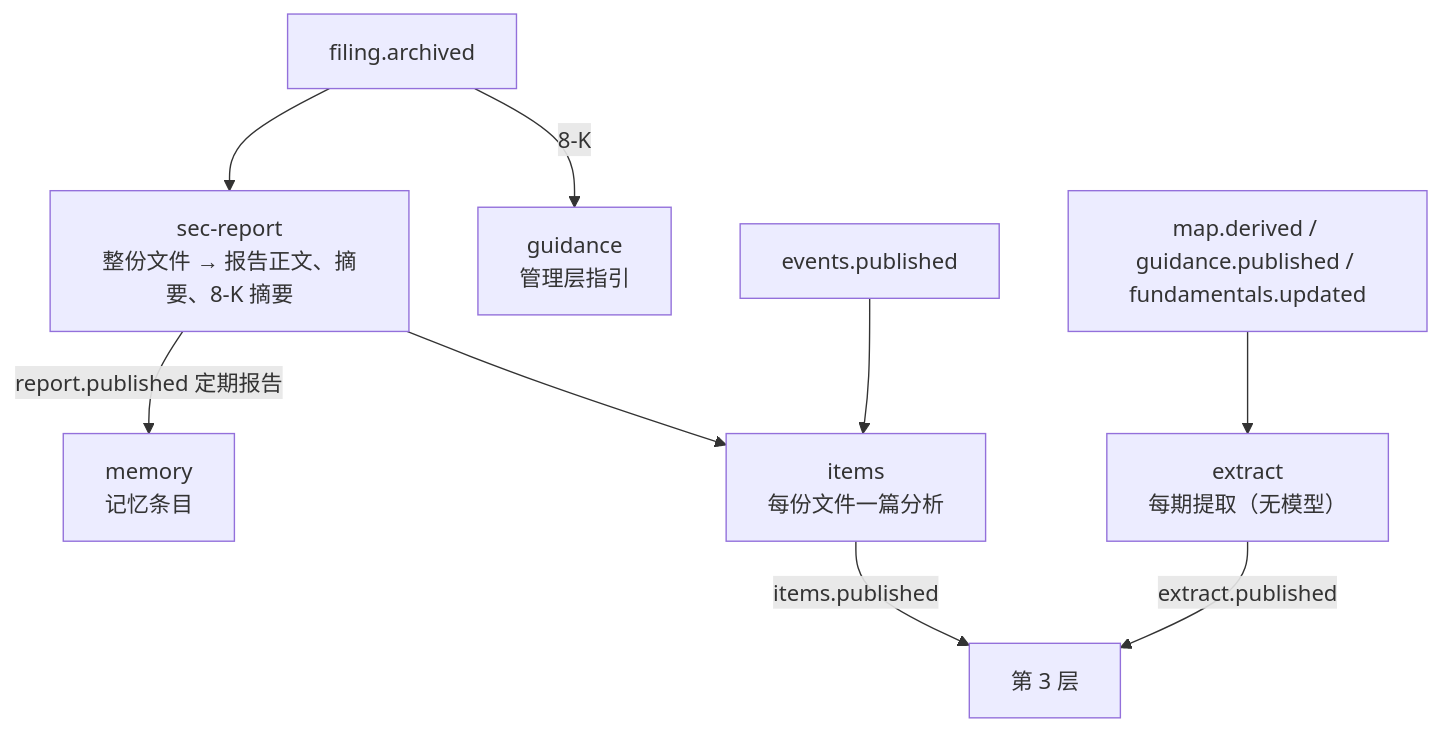
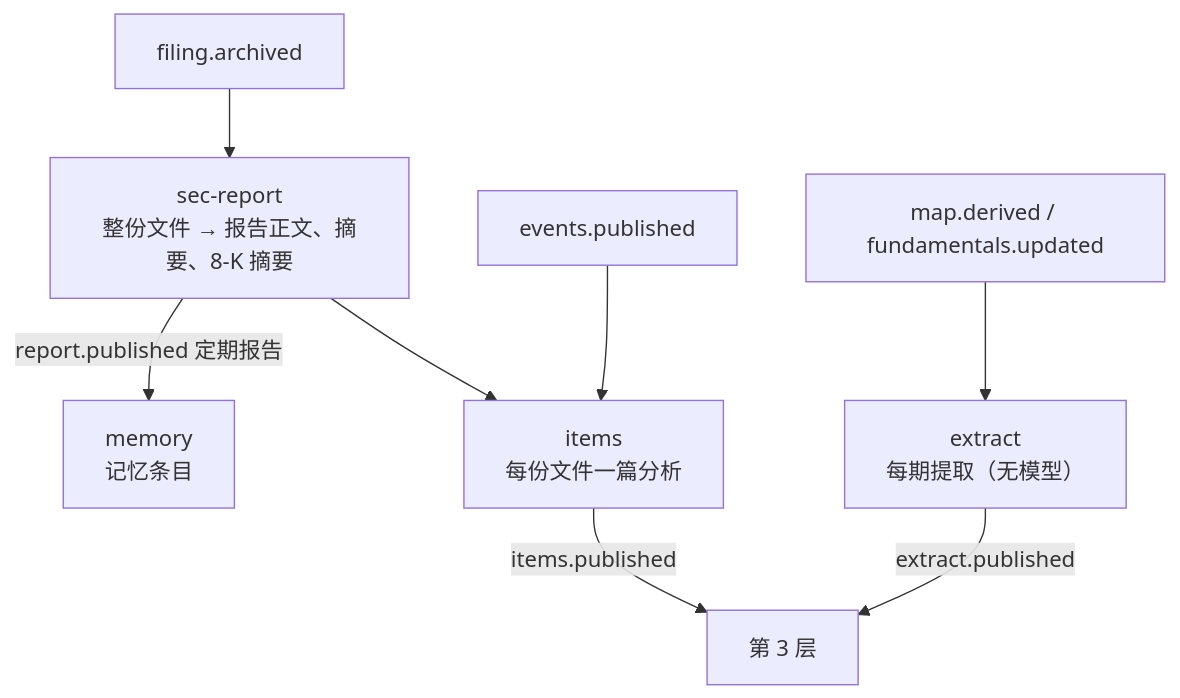
Before and after one commit to Paikchu/Spontra: the third of 4 diagrams in docs/spontra-analysis-architecture.md, drawn with Mermaid. The commit also changed other lines of this file and 88 other files, not shown here.

First line of the commit message:
refactor(analysis): remove the guidance task and its map marks

````diff
--- a/docs/spontra-analysis-architecture.md
+++ b/docs/spontra-analysis-architecture.md
@@ -145,11 +145,10 @@
 ```mermaid
 flowchart TB
   arch["filing.archived"] --> rep["sec-report<br/>整份文件 → 报告正文、摘要、8-K 摘要"]
-  arch -->|8-K| guid["guidance<br/>管理层指引"]
   rep -->|report.published 定期报告| mem["memory<br/>记忆条目"]
   rep --> items["items<br/>每份文件一篇分析"]
   ev["events.published"] --> items
-  m1["map.derived / guidance.published / fundamentals.updated"] --> ext["extract<br/>每期提取（无模型）"]
+  m1["map.derived / fundamentals.updated"] --> ext["extract<br/>每期提取（无模型）"]
   ext -->|extract.published| up3["第 3 层"]
   items -->|items.published| up3
 ```
````
